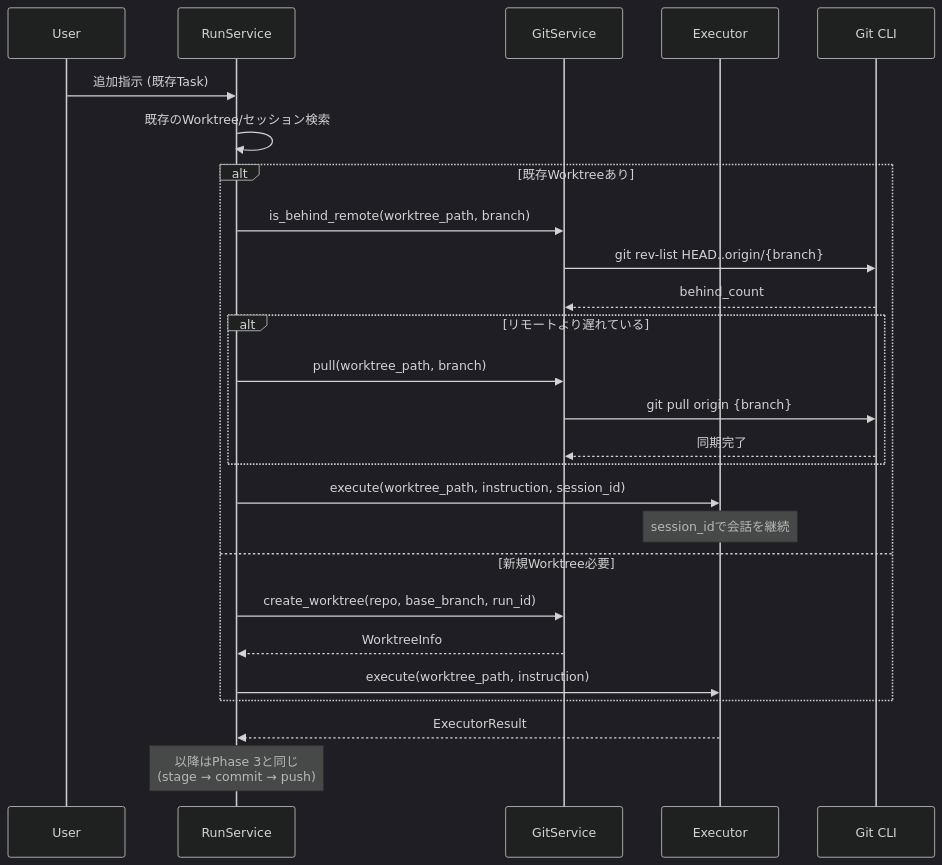
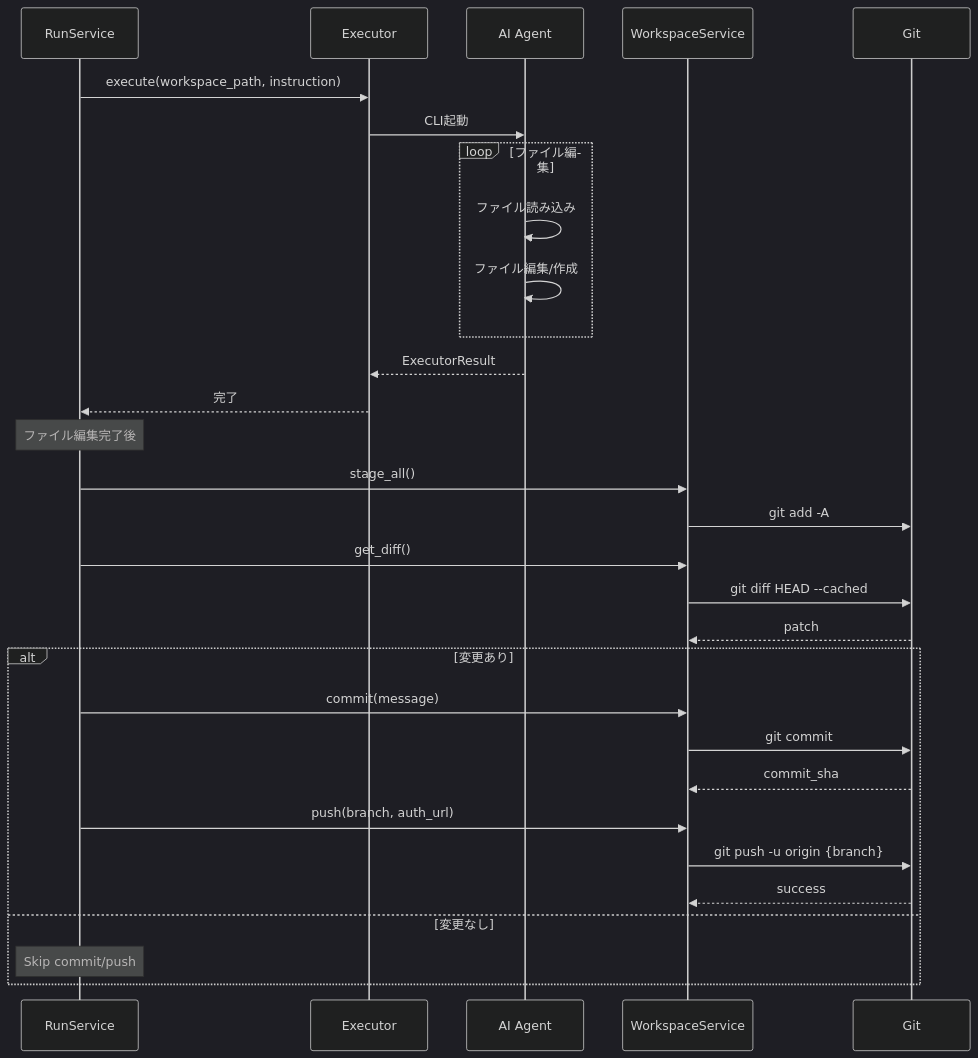
One commit to hampen2929/zloth changed the sixth of 7 diagrams in docs/worktree_workflow_diagram.md. Above: the diagram before and after it, drawn with Mermaid (dark theme). The commit also changed other lines of this file and 4 other files, not shown here.

First line of the commit message:
Add clone-based workspace isolation for better remote sync and conflict resolution

````diff
--- a/docs/worktree_workflow_diagram.md
+++ b/docs/worktree_workflow_diagram.md
@@ -213,35 +209,40 @@
 ```mermaid
 sequenceDiagram
-    participant U as User
     participant RS as RunService
-    participant GS as GitService
     participant EX as Executor
-    participant Git as Git CLI
+    participant AI as AI Agent
+    participant WS as WorkspaceService
+    participant Git as Git
 
-    U->>RS: 追加指示 (既存Task)
+    RS->>EX: execute(workspace_path, instruction)
+    EX->>AI: CLI起動
 
-    RS->>RS: 既存のWorktree/セッション検索
-
-    alt 既存Worktreeあり
-        RS->>GS: is_behind_remote(worktree_path, branch)
-        GS->>Git: git rev-list HEAD..origin/{branch}
-        Git-->>GS: behind_count
-
-        alt リモートより遅れている
-            RS->>GS: pull(worktree_path, branch)
-            GS->>Git: git pull origin {branch}
-            Git-->>GS: 同期完了
-        end
-
-        RS->>EX: execute(worktree_path, instruction, session_id)
-        Note over EX: session_idで会話を継続
-    else 新規Worktree必要
-        RS->>GS: create_worktree(repo, base_branch, run_id)
-        GS-->>RS: WorktreeInfo
-        RS->>EX: execute(worktree_path, instruction)
+    loop ファイル編集
+        AI->>AI: ファイル読み込み
+        AI->>AI: ファイル編集/作成
     end
 
-    EX-->>RS: ExecutorResult
+    AI-->>EX: ExecutorResult
+    EX-->>RS: 完了
 
-    Note over RS: 以降はPhase 3と同じ<br/>(stage → commit → push)
+    Note over RS: ファイル編集完了後
+
+    RS->>WS: stage_all()
+    WS->>Git: git add -A
+
+    RS->>WS: get_diff()
+    WS->>Git: git diff HEAD --cached
+    Git-->>WS: patch
+
+    alt 変更あり
+        RS->>WS: commit(message)
+        WS->>Git: git commit
+        Git-->>WS: commit_sha
+
+        RS->>WS: push(branch, auth_url)
+        WS->>Git: git push -u origin {branch}
+        Git-->>WS: success
+    else 変更なし
+        Note over RS: Skip commit/push
+    end
 ```
````
